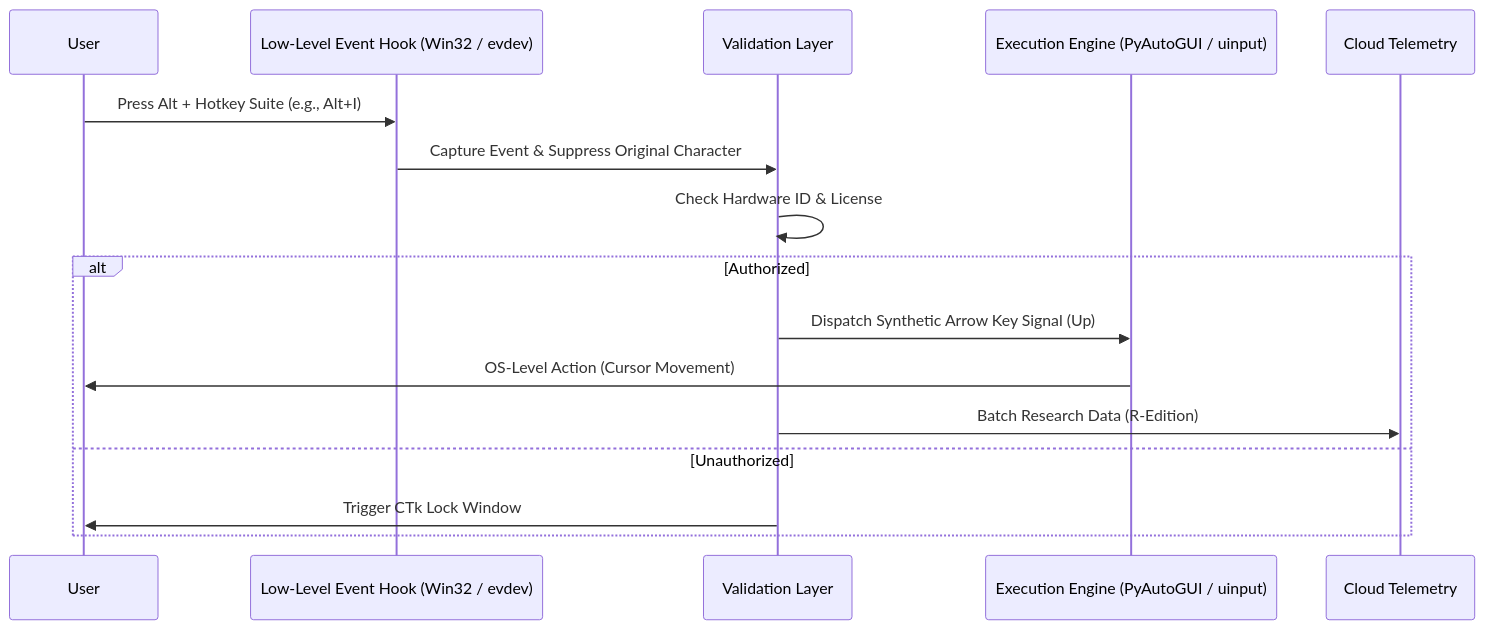
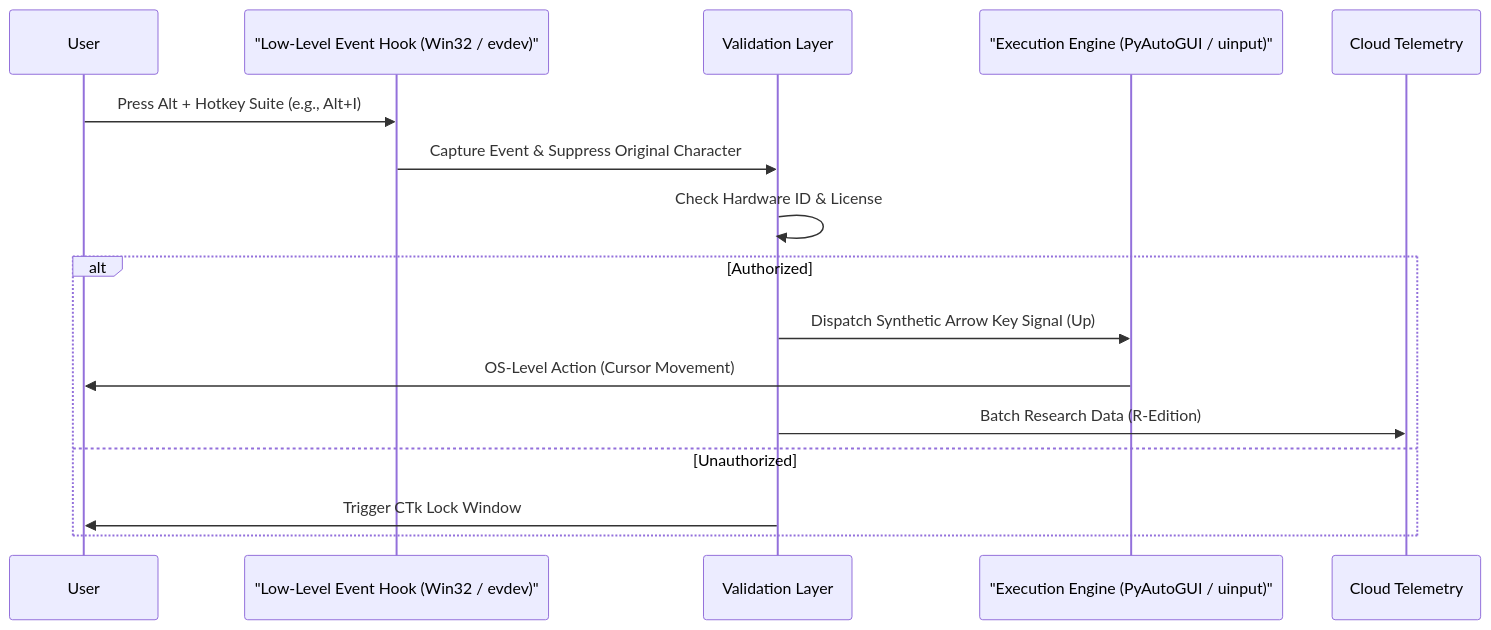
The third of 3 diagrams in README.md (AhmadHassan-BTed/KodeArrow), drawn with Mermaid before and after one commit. The commit also changed other lines of this file, not shown here.

Commit message:
docs: wrap mermaid chart labels in quotes to fix rendering issues

````diff
--- a/README.md
+++ b/README.md
@@ -260,19 +260,19 @@
 ```mermaid
 sequenceDiagram
     participant U as User
-    participant H as Low-Level Event Hook (Win32 / evdev)
+    participant H as "Low-Level Event Hook (Win32 / evdev)"
     participant V as Validation Layer
-    participant E as Execution Engine (PyAutoGUI / uinput)
+    participant E as "Execution Engine (PyAutoGUI / uinput)"
     participant C as Cloud Telemetry
 
     U->>H: Press Alt + Hotkey Suite (e.g., Alt+I)
     H->>V: Capture Event & Suppress Original Character
     V->>V: Check Hardware ID & License
     alt Authorized
         V->>E: Dispatch Synthetic Arrow Key Signal (Up)
         E->>U: OS-Level Action (Cursor Movement)
         V->>C: Batch Research Data (R-Edition)
     else Unauthorized
         V->>U: Trigger CTk Lock Window
     end
 ```
````
